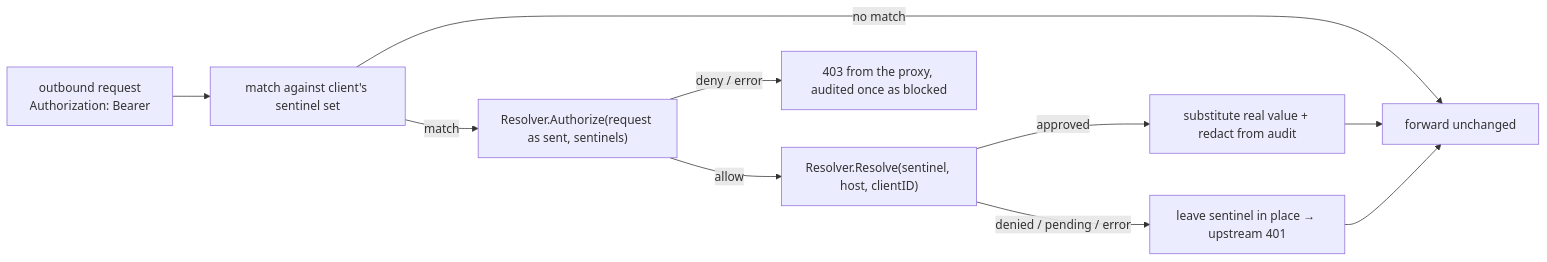
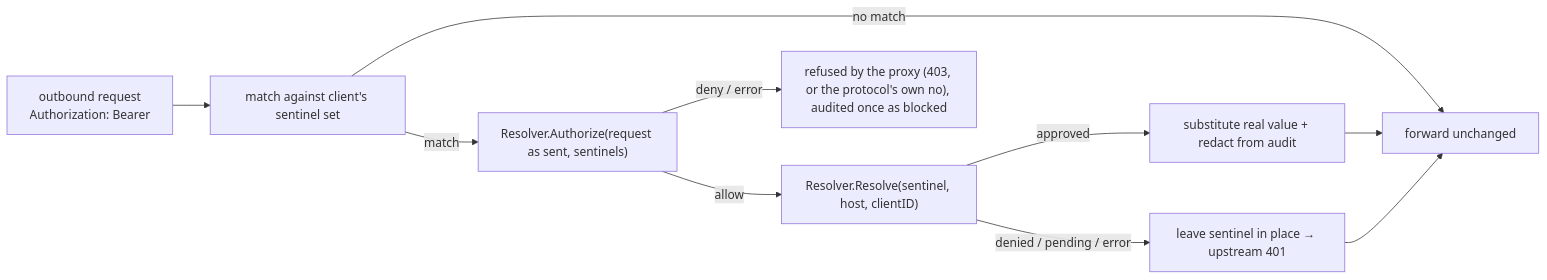
One commit to bscott/discobox changed the second of 3 diagrams in proxy/DESIGN.md. Above: the diagram before and after it, drawn with Mermaid. The commit also changed other lines of this file and 47 other files, not shown here.

````diff
--- a/proxy/DESIGN.md
+++ b/proxy/DESIGN.md
@@ -191,12 +191,12 @@
 ```mermaid
 flowchart LR
     req["outbound request\nAuthorization: Bearer <sentinel>"] --> scan["match against client's sentinel set"]
     scan -->|no match| fwd["forward unchanged"]
     scan -->|match| judge["Resolver.Authorize(request as sent, sentinels)"]
-    judge -->|deny / error| refuse["403 from the proxy, audited once as blocked"]
+    judge -->|deny / error| refuse["refused by the proxy (403, or the protocol's own no), audited once as blocked"]
     judge -->|allow| resolve["Resolver.Resolve(sentinel, host, clientID)"]
     resolve -->|approved| swap["substitute real value + redact from audit"]
     resolve -->|denied / pending / error| leave["leave sentinel in place → upstream 401"]
     swap --> fwd
     leave --> fwd
 ```
````
